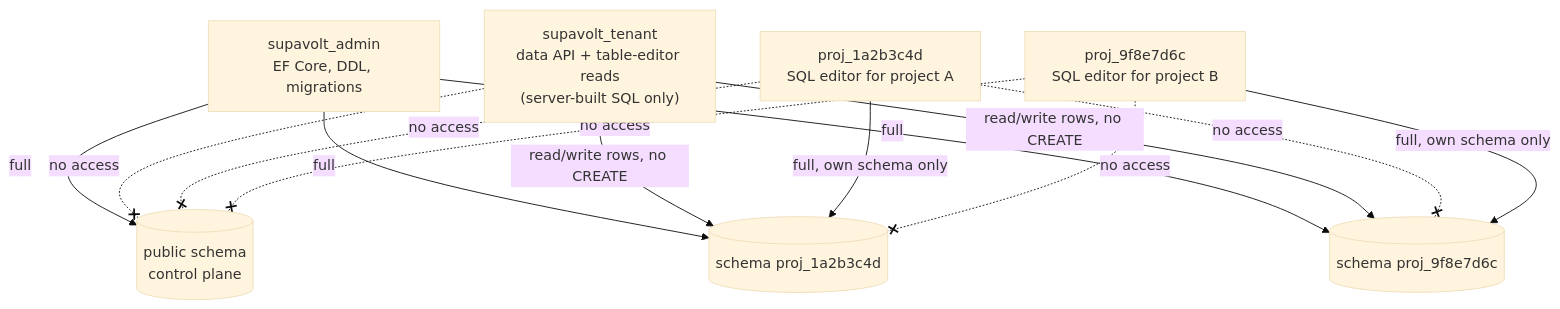
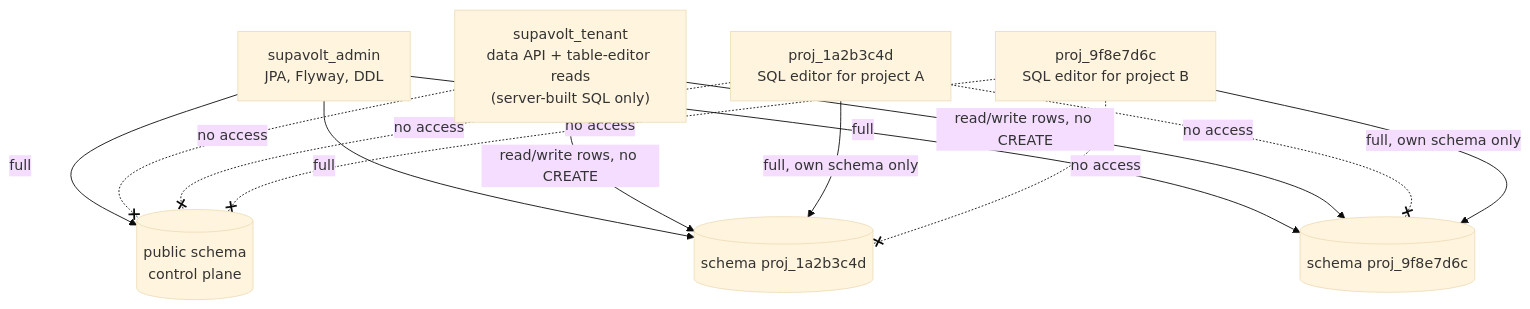
One commit to Ridzzz0Alam/supavolt changed diagram 11 of 12 in README.md. Above: the diagram before and after it, drawn with Mermaid (base theme). The commit also changed other lines of this file and 8 other files, not shown here.

````diff
--- a/README.md
+++ b/README.md
@@ -549,19 +528,19 @@
 ```mermaid
 flowchart TB
-    admin["supavolt_admin<br/>EF Core, DDL, migrations"]
+    admin["supavolt_admin<br/>JPA, Flyway, DDL"]
     tenant["supavolt_tenant<br/>data API + table-editor reads<br/>(server-built SQL only)"]
     roleA["proj_1a2b3c4d<br/>SQL editor for project A"]
     roleB["proj_9f8e7d6c<br/>SQL editor for project B"]
 
     cp[("public schema<br/>control plane")]
     sa[("schema proj_1a2b3c4d")]
     sb[("schema proj_9f8e7d6c")]
 
     admin -->|full| cp & sa & sb
     tenant -->|"read/write rows, no CREATE"| sa & sb
     tenant -.-x|no access| cp
     roleA -->|"full, own schema only"| sa
     roleA -.-x|no access| sb & cp
     roleB -->|"full, own schema only"| sb
     roleB -.-x|no access| sa & cp
 ```
````
